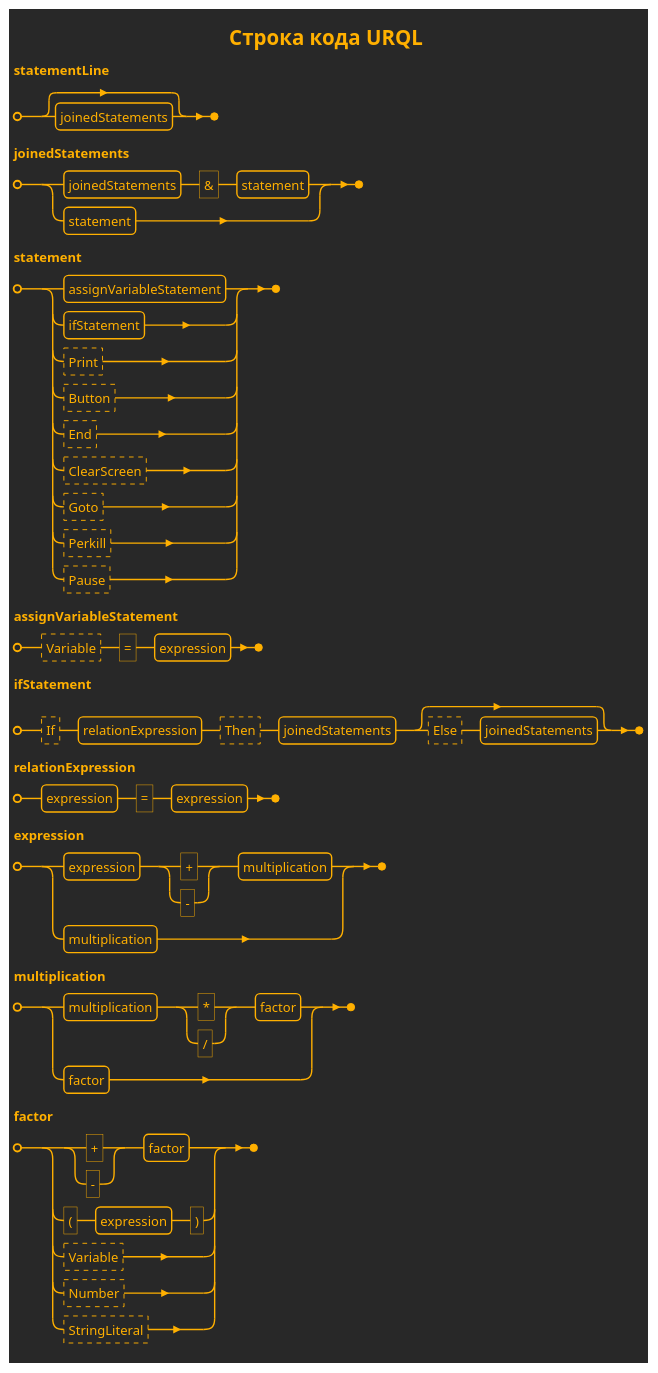
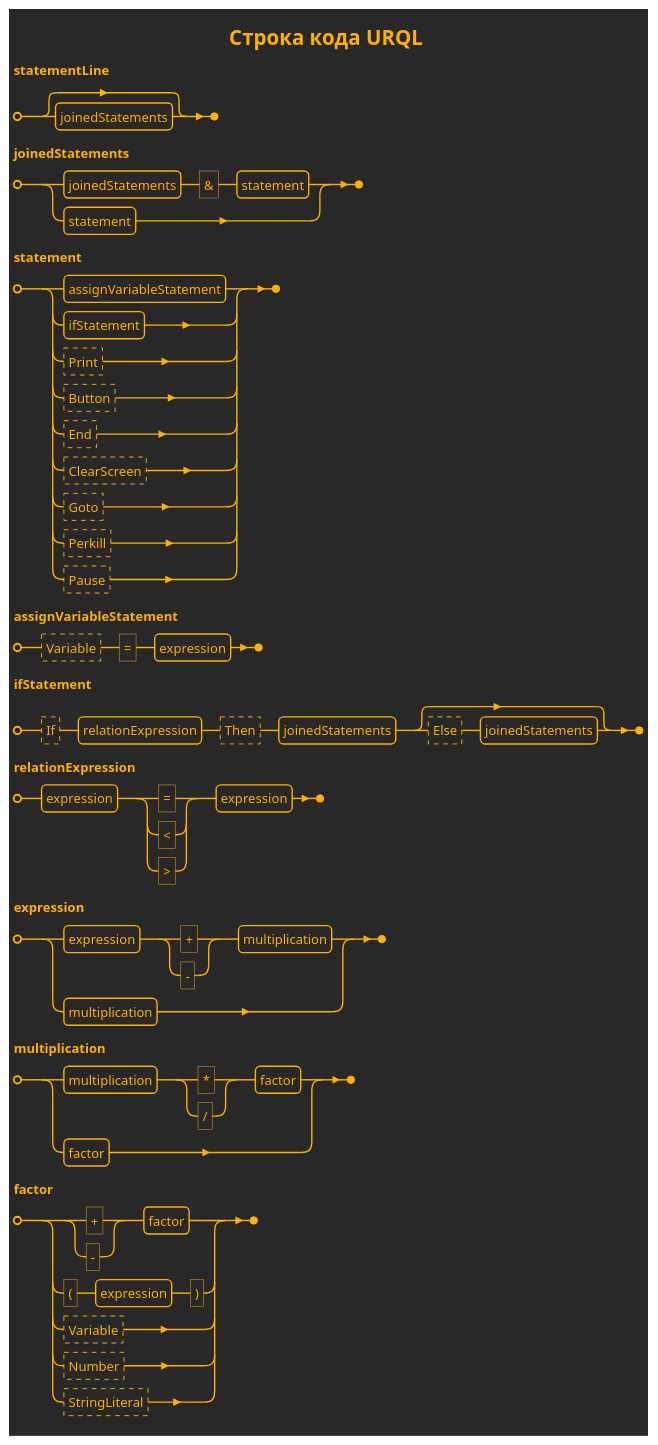
One commit to realsonic/MURQ changed the first of 10 diagrams in Domain/MURQ.Domain/URQL/docs/URQL Lines Syntax.md. Above: the diagram before and after it, drawn with PlantUML. The commit also changed 9 other files, not shown here.

````diff
--- a/Domain/MURQ.Domain/URQL/docs/URQL Lines Syntax.md
+++ b/Domain/MURQ.Domain/URQL/docs/URQL Lines Syntax.md
@@ -2,46 +2,46 @@
 ```plantuml
 @startebnf URQL Line
 !theme crt-amber
 ' skinparam monochrome reverse
 
 title Строка кода URQL
 
 statementLine = [ joinedStatements ];
 
 joinedStatements = 
       joinedStatements, '&', statement
     | statement;
 
 statement =
     assignVariableStatement
   | ifStatement
   | ?Print?
   | ?Button?
   | ?End?
   | ?ClearScreen?
   | ?Goto?
   | ?Perkill?
   | ?Pause?;
 
 assignVariableStatement = ?Variable?,  '=', expression;
 
 ifStatement = ?If?, relationExpression, ?Then?, joinedStatements, [ ?Else?, joinedStatements ];
 
-relationExpression = expression, '=', expression;
+relationExpression = expression, ('=' | '<' | '>'), expression;
 
 expression =
     expression, ('+' | '-'), multiplication
   | multiplication;
 
 multiplication =
     multiplication, ('*' | "/"), factor
   | factor;
 
 factor =
     ('+' | '-'), factor
   | '(', expression, ')'
   | ?Variable?
   | ?Number?
   | ?StringLiteral?;
 @endebnf
 ```
````
